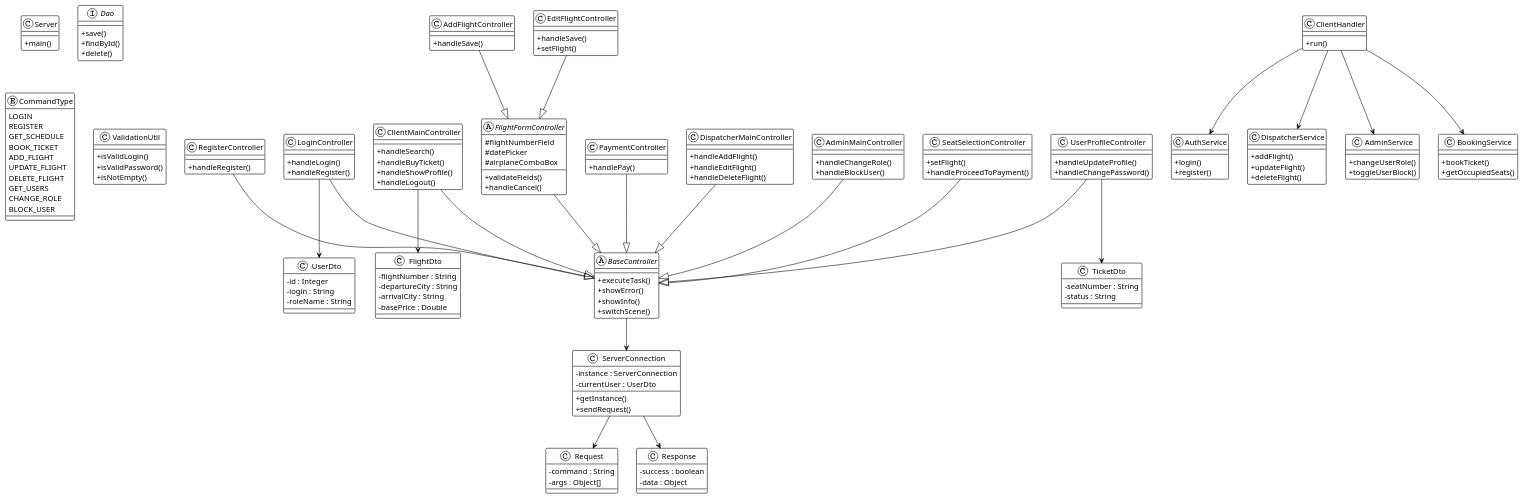
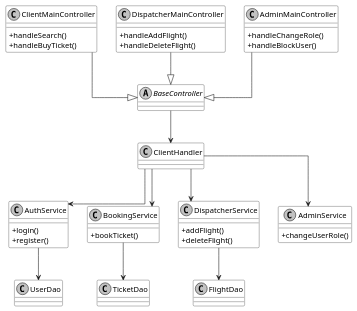
The diagram in class.puml (lizaynia/cw), drawn with PlantUML before and after one commit. The commit also changed 24 other files, not shown here.

```diff
--- a/class.puml
+++ b/class.puml
@@ -1,192 +1,71 @@
 @startuml
-!theme plain
+top to bottom direction
+
+skinparam monochrome true
+skinparam shadowing false
 skinparam classAttributeIconSize 0
+skinparam linetype ortho
 
-' ========== КЛИЕНТСКАЯ ЧАСТЬ ==========
-
-abstract class BaseController {
-    + executeTask()
-    + showError()
-    + showInfo()
-    + switchScene()
+skinparam class {
+    BackgroundColor white
+    BorderColor black
+    FontColor black
 }
 
-class ServerConnection {
-    - instance : ServerConnection
-    - currentUser : UserDto
-    + getInstance()
-    + sendRequest()
-}
-
-class LoginController {
-    + handleLogin()
-    + handleRegister()
-}
-
-class RegisterController {
-    + handleRegister()
-}
-
-abstract class FlightFormController {
-    # flightNumberField
-    # datePicker
-    # airplaneComboBox
-    + validateFields()
-    + handleCancel()
-}
-
-class AddFlightController {
-    + handleSave()
-}
-
-class EditFlightController {
-    + handleSave()
-    + setFlight()
-}
+abstract class BaseController
 
 class ClientMainController {
     + handleSearch()
     + handleBuyTicket()
-    + handleShowProfile()
-    + handleLogout()
 }
 
 class DispatcherMainController {
     + handleAddFlight()
-    + handleEditFlight()
     + handleDeleteFlight()
 }
 
 class AdminMainController {
     + handleChangeRole()
     + handleBlockUser()
 }
 
-class SeatSelectionController {
-    + setFlight()
-    + handleProceedToPayment()
-}
-
-class PaymentController {
-    + handlePay()
-}
-
-class UserProfileController {
-    + handleUpdateProfile()
-    + handleChangePassword()
-}
-
-' ========== НАСЛЕДОВАНИЕ ==========
-LoginController --|> BaseController
-RegisterController --|> BaseController
-ClientMainController --|> BaseController
-DispatcherMainController --|> BaseController
-AdminMainController --|> BaseController
-SeatSelectionController --|> BaseController
-PaymentController --|> BaseController
-UserProfileController --|> BaseController
-AddFlightController --|> FlightFormController
-EditFlightController --|> FlightFormController
-FlightFormController --|> BaseController
-
-' ========== СЕРВЕРНАЯ ЧАСТЬ ==========
-
-class Server {
-    + main()
-}
-
-class ClientHandler {
-    + run()
-}
-
-interface Dao {
-    + save()
-    + findById()
-    + delete()
-}
+class ClientHandler
 
 class AuthService {
     + login()
     + register()
 }
 
+class BookingService {
+    + bookTicket()
+}
+
 class DispatcherService {
     + addFlight()
-    + updateFlight()
     + deleteFlight()
 }
 
 class AdminService {
     + changeUserRole()
-    + toggleUserBlock()
 }
 
-class BookingService {
-    + bookTicket()
-    + getOccupiedSeats()
-}
+class UserDao
+class FlightDao
+class TicketDao
 
-' ========== ОБЩИЕ КЛАССЫ ==========
+ClientMainController --|> BaseController
+DispatcherMainController --|> BaseController
+AdminMainController --|> BaseController
 
-class Request {
-    - command : String
-    - args : Object[]
-}
+BaseController --> ClientHandler
 
-class Response {
-    - success : boolean
-    - data : Object
-}
-
-enum CommandType {
-    LOGIN
-    REGISTER
-    GET_SCHEDULE
-    BOOK_TICKET
-    ADD_FLIGHT
-    UPDATE_FLIGHT
-    DELETE_FLIGHT
-    GET_USERS
-    CHANGE_ROLE
-    BLOCK_USER
-}
-
-class UserDto {
-    - id : Integer
-    - login : String
-    - roleName : String
-}
-
-class FlightDto {
-    - flightNumber : String
-    - departureCity : String
-    - arrivalCity : String
-    - basePrice : Double
-}
-
-class TicketDto {
-    - seatNumber : String
-    - status : String
-}
-
-class ValidationUtil {
-    + isValidLogin()
-    + isValidPassword()
-    + isNotEmpty()
-}
-
-' ========== ЗАВИСИМОСТИ ==========
 ClientHandler --> AuthService
+ClientHandler --> BookingService
 ClientHandler --> DispatcherService
 ClientHandler --> AdminService
-ClientHandler --> BookingService
 
-ServerConnection --> Request
-ServerConnection --> Response
-BaseController --> ServerConnection
-
-ClientMainController --> FlightDto
-UserProfileController --> TicketDto
-LoginController --> UserDto
+AuthService --> UserDao
+BookingService --> TicketDao
+DispatcherService --> FlightDao
 
 @enduml
```
